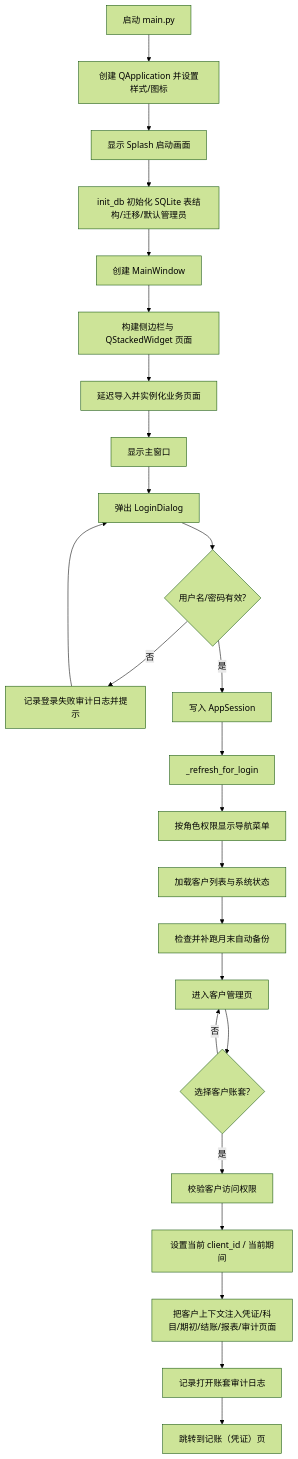
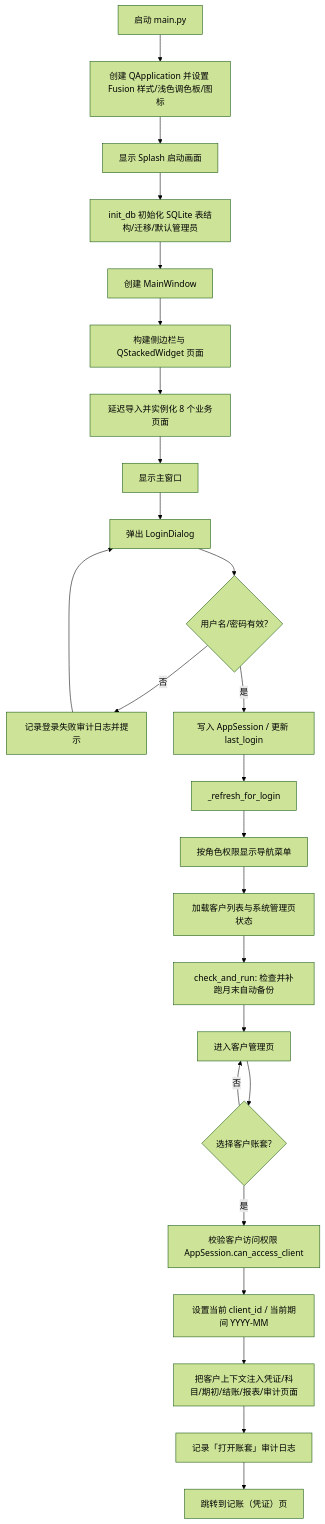
The first of 7 diagrams in WiseLedger_program_flow.md (ufcmmx/Finance-App), drawn with Mermaid (forest theme) before and after one commit. The commit also changed other lines of this file and 4 other files, not shown here.

Commit message:
docs: 同步更新设计与用户手册（导航栏8模块、DB结构、auto_backup/kr_utils、类图布局优化）

````diff
--- a/WiseLedger_program_flow.md
+++ b/WiseLedger_program_flow.md
@@ -7,30 +7,30 @@
 ```mermaid
 flowchart TD
-    A[启动 main.py] --> B[创建 QApplication 并设置样式/图标]
+    A[启动 main.py] --> B[创建 QApplication 并设置 Fusion 样式/浅色调色板/图标]
     B --> C[显示 Splash 启动画面]
     C --> D[init_db 初始化 SQLite 表结构/迁移/默认管理员]
     D --> E[创建 MainWindow]
     E --> F[构建侧边栏与 QStackedWidget 页面]
-    F --> G[延迟导入并实例化业务页面]
+    F --> G[延迟导入并实例化 8 个业务页面]
     G --> H[显示主窗口]
     H --> I[弹出 LoginDialog]
 
     I --> J{用户名/密码有效?}
     J -- 否 --> K[记录登录失败审计日志并提示]
     K --> I
-    J -- 是 --> L[写入 AppSession]
+    J -- 是 --> L[写入 AppSession / 更新 last_login]
     L --> M[_refresh_for_login]
 
     M --> N[按角色权限显示导航菜单]
-    N --> O[加载客户列表与系统状态]
-    O --> P[检查并补跑月末自动备份]
+    N --> O[加载客户列表与系统管理页状态]
+    O --> P[check_and_run: 检查并补跑月末自动备份]
     P --> Q[进入客户管理页]
 
     Q --> R{选择客户账套?}
     R -- 否 --> Q
-    R -- 是 --> S[校验客户访问权限]
-    S --> T[设置当前 client_id / 当前期间]
+    R -- 是 --> S[校验客户访问权限 AppSession.can_access_client]
+    S --> T[设置当前 client_id / 当前期间 YYYY-MM]
     T --> U[把客户上下文注入凭证/科目/期初/结账/报表/审计页面]
-    U --> V[记录打开账套审计日志]
+    U --> V[记录「打开账套」审计日志]
     V --> W[跳转到记账（凭证）页]
 ```
````
